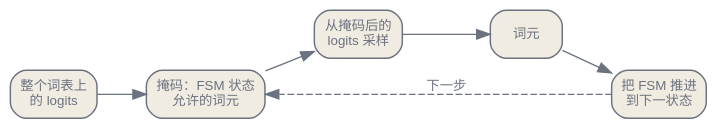
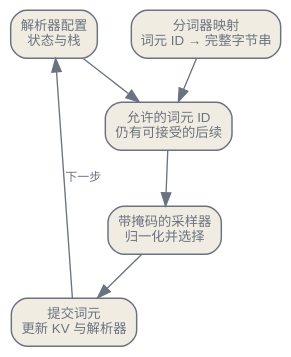
Before and after one commit to latere-ai/ai-as-an-infrastructure: the first of 2 diagrams in zh/inference/05-structured-long-context.qmd, drawn with Graphviz. The commit also changed other lines of this file and 3 other files, not shown here.

````diff
--- a/zh/inference/05-structured-long-context.qmd
+++ b/zh/inference/05-structured-long-context.qmd
@@ -25,21 +57,21 @@
 ```{dot}
-//| label: fig-slc-mask
-//| fig-cap: "把受约束解码看作一层掩码。logits 被掩码到 FSM 从当前状态允许的词元，采样出的词元再把 FSM 推进。"
+//| label: fig-slc-structured-loop
+//| fig-cap: "一次结构化解码。解析器与分词器共同确定允许的词元 ID，采样器从中选择词元，采样结果同时更新模型状态与解析器状态。"
 digraph {
   bgcolor="transparent";
-  rankdir=LR;
-  nodesep=0.4; ranksep=0.5;
+  rankdir=TB;
+  nodesep=0.35; ranksep=0.45;
   node [shape=box, style="rounded,filled", fontname="Helvetica", fontsize=10, color="#6b7280", fontcolor="#6b7280", fillcolor="#f1ece1", penwidth=1.1];
-  edge [fontsize=10, fontname="Helvetica", color="#6b7280", fontcolor="#6b7280"];
-  L [label="整个词表上\n的 logits"];
-  M [label="掩码：FSM 状态\n允许的词元"];
-  S [label="从掩码后的\nlogits 采样"];
-  T [label="词元"];
-  A [label="把 FSM 推进\n到下一状态"];
-  L -> M;
-  M -> S;
-  S -> T;
+  edge [fontsize=9, fontname="Helvetica", color="#6b7280", fontcolor="#6b7280"];
+  P [label="解析器配置\n状态与栈"];
+  T [label="分词器映射\n词元 ID → 完整字节串"];
+  A [label="允许的词元 ID\n仍有可接受的后续"];
+  M [label="带掩码的采样器\n归一化并选择"];
+  U [label="提交词元\n更新 KV 与解析器"];
+  P -> A;
   T -> A;
-  A -> M [style=dashed, label="下一步"];
+  A -> M;
+  M -> U;
+  U -> P [label="下一步"];
 }
 ```
````
